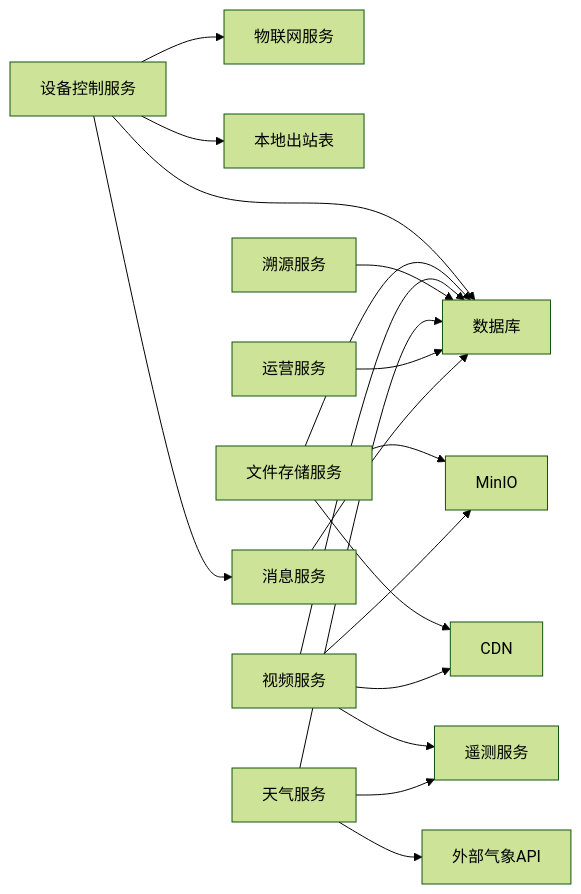
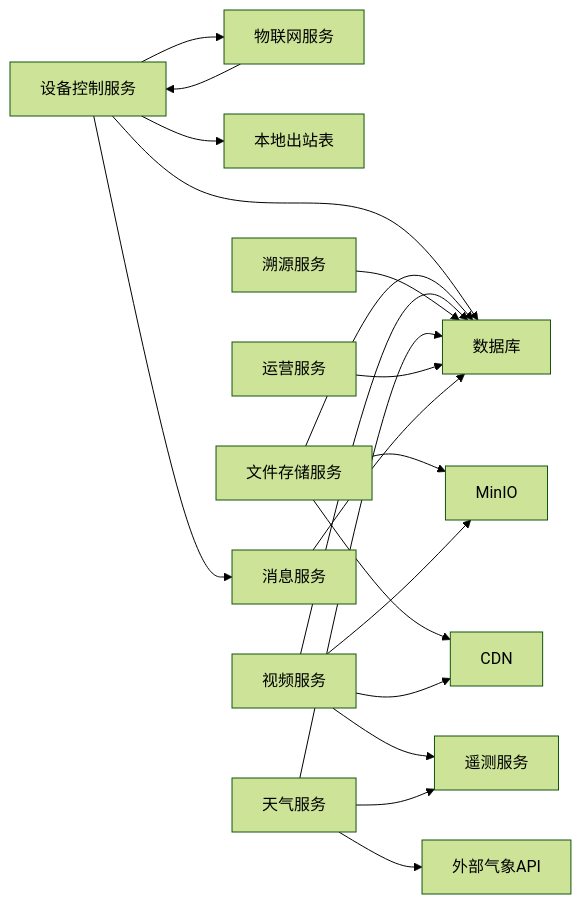
One commit to q446328246/agri-platform changed diagram 34 of 34 in .qoder/repowiki/zh/content/核心服务文档/其他业务服务.md. Above: the diagram before and after it, drawn with Mermaid (forest theme). The commit also changed other lines of this file and 35 other files, not shown here.

````diff
--- a/.qoder/repowiki/zh/content/核心服务文档/其他业务服务.md
+++ b/.qoder/repowiki/zh/content/核心服务文档/其他业务服务.md
@@ -795,20 +920,21 @@
 ```mermaid
 graph LR
 CS["设备控制服务"] --> IoT["物联网服务"]
 CS --> DB["数据库"]
 CS --> OUTBOX["本地出站表"]
 CS --> MS["消息服务"]
+IoT --> CS
 FS["文件存储服务"] --> MINIO["MinIO"]
 FS --> CDN["CDN"]
 FS --> DB
 VID["视频服务"] --> MINIO
 VID --> CDN
 VID --> DB
 VID --> TELEMETRY["遥测服务"]
 TRC["溯源服务"] --> DB
 WTH["天气服务"] --> EXT["外部气象API"]
 WTH --> DB
 WTH --> TELEMETRY
 OPS["运营服务"] --> DB
 MS --> DB
 ```
````
